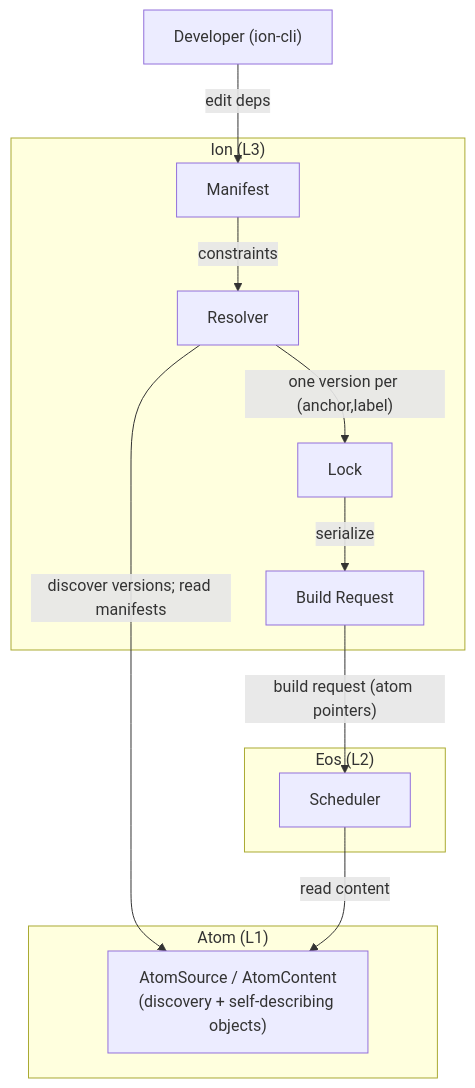
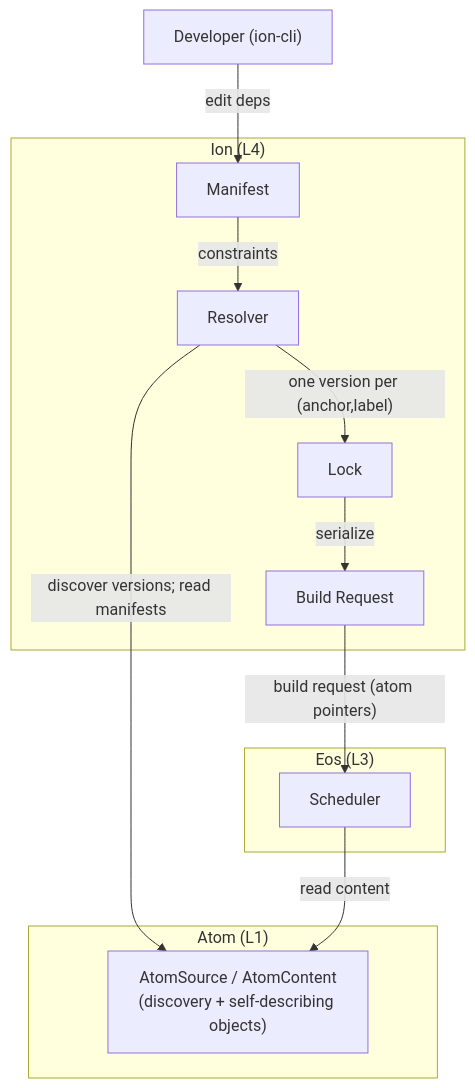
One commit to axiosoph/axios changed the first of 7 diagrams in docs/architecture/ion-sad.md. Above: the diagram before and after it, drawn with Mermaid. The commit also changed other lines of this file and 5 other files, not shown here.

````diff
--- a/docs/architecture/ion-sad.md
+++ b/docs/architecture/ion-sad.md
@@ -44,24 +45,24 @@
 ```mermaid
 graph TB
   DEV["Developer (ion-cli)"]
-  subgraph L3["Ion (L3)"]
+  subgraph L4["Ion (L4)"]
     MAN["Manifest"]
     RES["Resolver"]
     LOCK["Lock"]
     BR["Build Request"]
   end
   subgraph L1["Atom (L1)"]
     SRC["AtomSource / AtomContent\n(discovery + self-describing objects)"]
   end
-  subgraph L2["Eos (L2)"]
+  subgraph L3["Eos (L3)"]
     EOS["Scheduler"]
   end
 
   DEV -->|"edit deps"| MAN
   MAN -->|"constraints"| RES
   RES -->|"discover versions; read manifests"| SRC
   RES -->|"one version per (anchor,label)"| LOCK
   LOCK -->|"serialize"| BR
   BR -->|"build request (atom pointers)"| EOS
   EOS -->|"read content"| SRC
 ```
````
